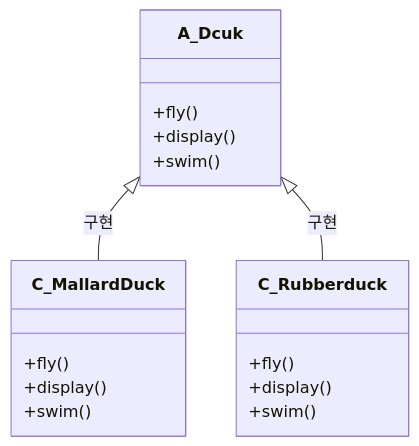
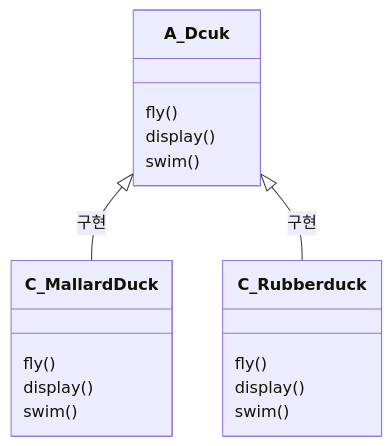
Before and after one commit to changja88/DesignPattern: the second of 4 diagrams in src/main/정리/1_StrageyPattern.md, drawn with Mermaid. The commit also changed other lines of this file and 12 other files, not shown here.

````diff
--- a/src/main/정리/1_StrageyPattern.md
+++ b/src/main/정리/1_StrageyPattern.md
@@ -31,20 +31,20 @@
 ```mermaid
 classDiagram
 A_Dcuk <|-- C_MallardDuck: 구현 
 A_Dcuk <|-- C_Rubberduck : 구현
 class A_Dcuk{
-    +fly()
-    +display()
-    +swim()
+    fly()
+    display()
+    swim()
 }
 class C_MallardDuck{
-    +fly()
-    +display()
-    +swim()
+    fly()
+    display()
+    swim()
 }
 class C_Rubberduck{
-    +fly()
-    +display()
-    +swim()
+    fly()
+    display()
+    swim()
 }
 ```
````
